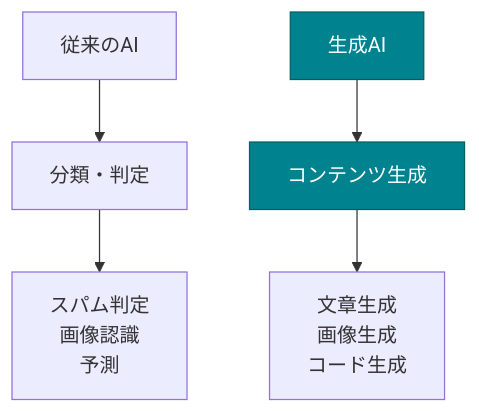
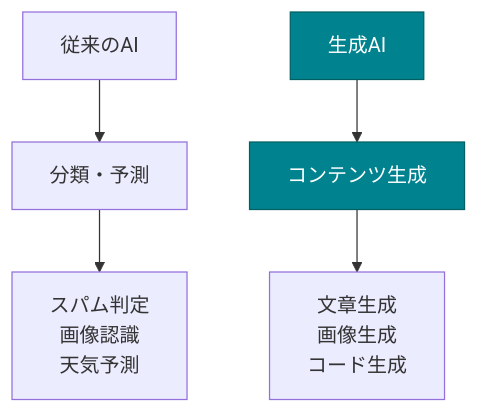
Before and after one commit to cyber-freaks-jp/AI_Driven_Development_Course: the diagram in book/pages/生成AIとは.md, drawn with Mermaid. The commit also changed other lines of this file and 12 other files, not shown here.

````diff
--- a/book/pages/生成AIとは.md
+++ b/book/pages/生成AIとは.md
@@ -20,11 +20,11 @@
 ```mermaid
 graph TD
-    A[従来のAI] --> B[分類・判定]
+    A[従来のAI] --> B[分類・予測]
     C[生成AI] --> D[コンテンツ生成]
 
-    B --> E[スパム判定<br/>画像認識<br/>予測]
+    B --> E[スパム判定<br/>画像認識<br/>天気予測]
     D --> F[文章生成<br/>画像生成<br/>コード生成]
 
     style C fill:#00838F,color:#FFFFFF,stroke:#006064
     style D fill:#00838F,color:#FFFFFF,stroke:#006064
 ```
````
